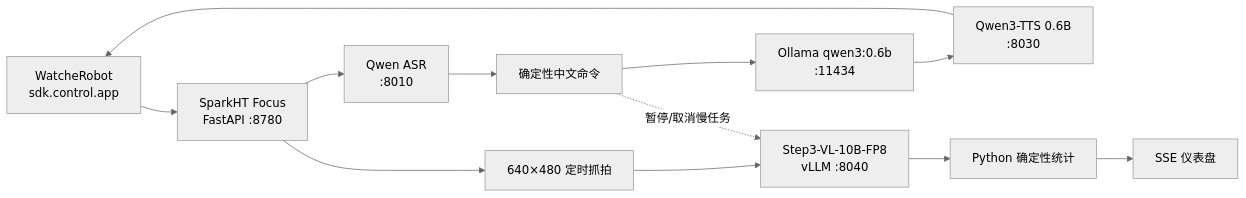
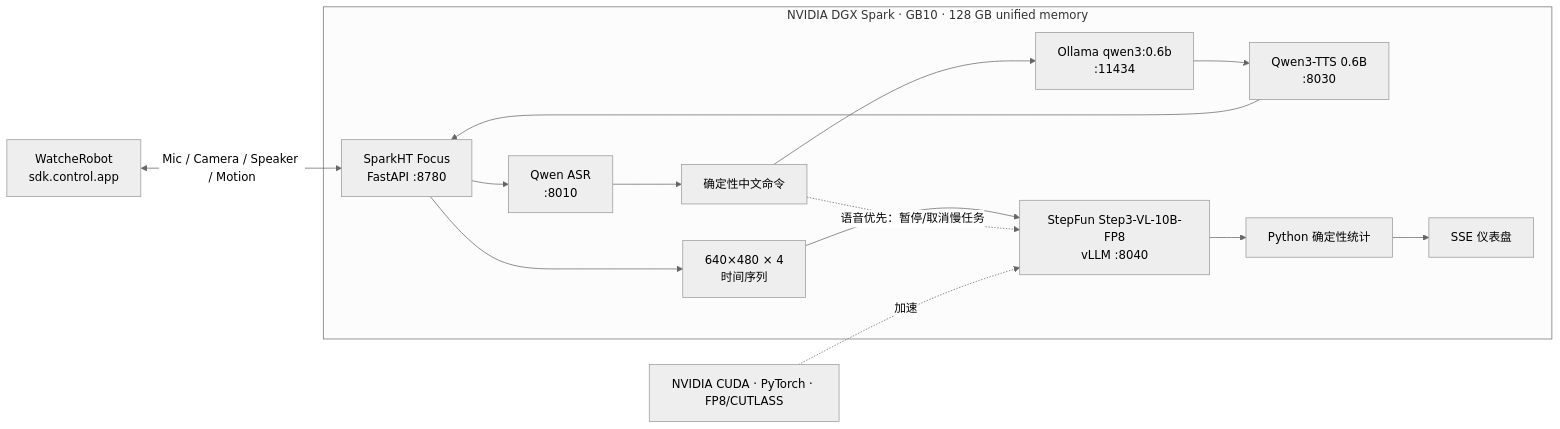
Before and after one commit to Feodoramensural96/SparkHT-Focus-Demo: the diagram in README.md, drawn with Mermaid (neutral theme). The commit also changed other lines of this file and 1 other file, not shown here.

Commit message:
docs: 强化 DGX Spark 与 StepFun 项目说明

````diff
--- a/README.md
+++ b/README.md
@@ -24,14 +43,22 @@
 ```mermaid
 flowchart LR
-    Robot["WatcheRobot<br/>sdk.control.app"] --> Gateway["SparkHT Focus<br/>FastAPI :8780"]
-    Gateway --> ASR["Qwen ASR<br/>:8010"]
-    ASR --> Intent["确定性中文命令"]
-    Intent --> LLM["Ollama qwen3:0.6b<br/>:11434"]
-    LLM --> TTS["Qwen3-TTS 0.6B<br/>:8030"]
-    TTS --> Robot
-    Gateway --> Capture["640×480 定时抓拍"]
-    Capture --> VLM["Step3-VL-10B-FP8<br/>vLLM :8040"]
-    VLM --> Stats["Python 确定性统计"]
-    Stats --> Dashboard["SSE 仪表盘"]
-    Intent -. "暂停/取消慢任务" .-> VLM
+    Robot["WatcheRobot<br/>sdk.control.app"] <-->|"Mic / Camera / Speaker / Motion"| Gateway
+
+    subgraph Spark["NVIDIA DGX Spark · GB10 · 128 GB unified memory"]
+        Gateway["SparkHT Focus<br/>FastAPI :8780"]
+        ASR["Qwen ASR<br/>:8010"]
+        Intent["确定性中文命令"]
+        LLM["Ollama qwen3:0.6b<br/>:11434"]
+        TTS["Qwen3-TTS 0.6B<br/>:8030"]
+        Capture["640×480 × 4<br/>时间序列"]
+        VLM["StepFun Step3-VL-10B-FP8<br/>vLLM :8040"]
+        Stats["Python 确定性统计"]
+        Dashboard["SSE 仪表盘"]
+
+        Gateway --> ASR --> Intent --> LLM --> TTS --> Gateway
+        Gateway --> Capture --> VLM --> Stats --> Dashboard
+        Intent -. "语音优先：暂停/取消慢任务" .-> VLM
+    end
+
+    CUDA["NVIDIA CUDA · PyTorch · FP8/CUTLASS"] -. "加速" .-> VLM
 ```
````
